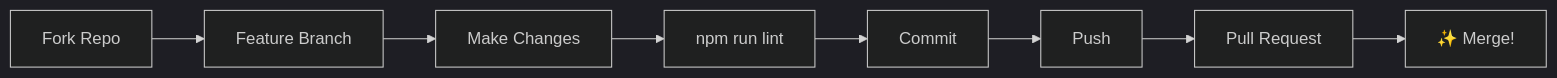
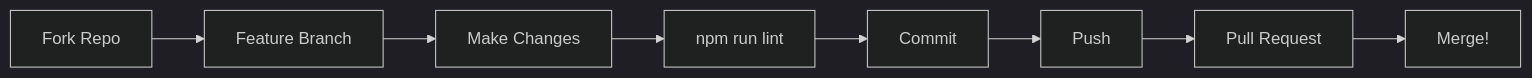
Before and after one commit to Shivansh-hub495/flowdo: the diagram in README.md, drawn with Mermaid (dark theme). The commit also changed other lines of this file, not shown here.

````diff
--- a/README.md
+++ b/README.md
@@ -494,10 +507,10 @@
 ```mermaid
 flowchart LR
     A[Fork Repo] --> B[Feature Branch]
     B --> C[Make Changes]
     C --> D[npm run lint]
     D --> E[Commit]
     E --> F[Push]
     F --> G[Pull Request]
-    G --> H[✨ Merge!]
+    G --> H[Merge!]
 ```
````
